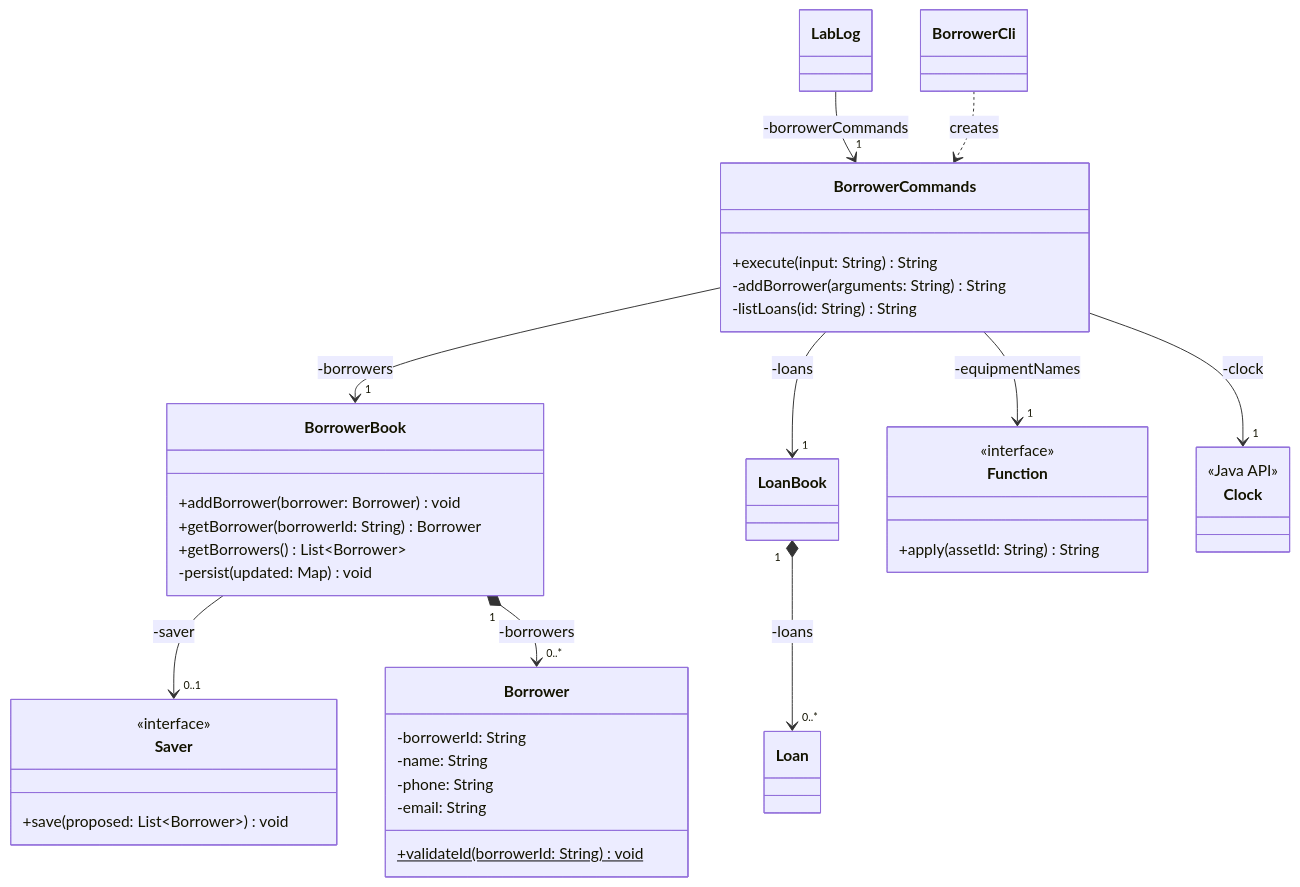
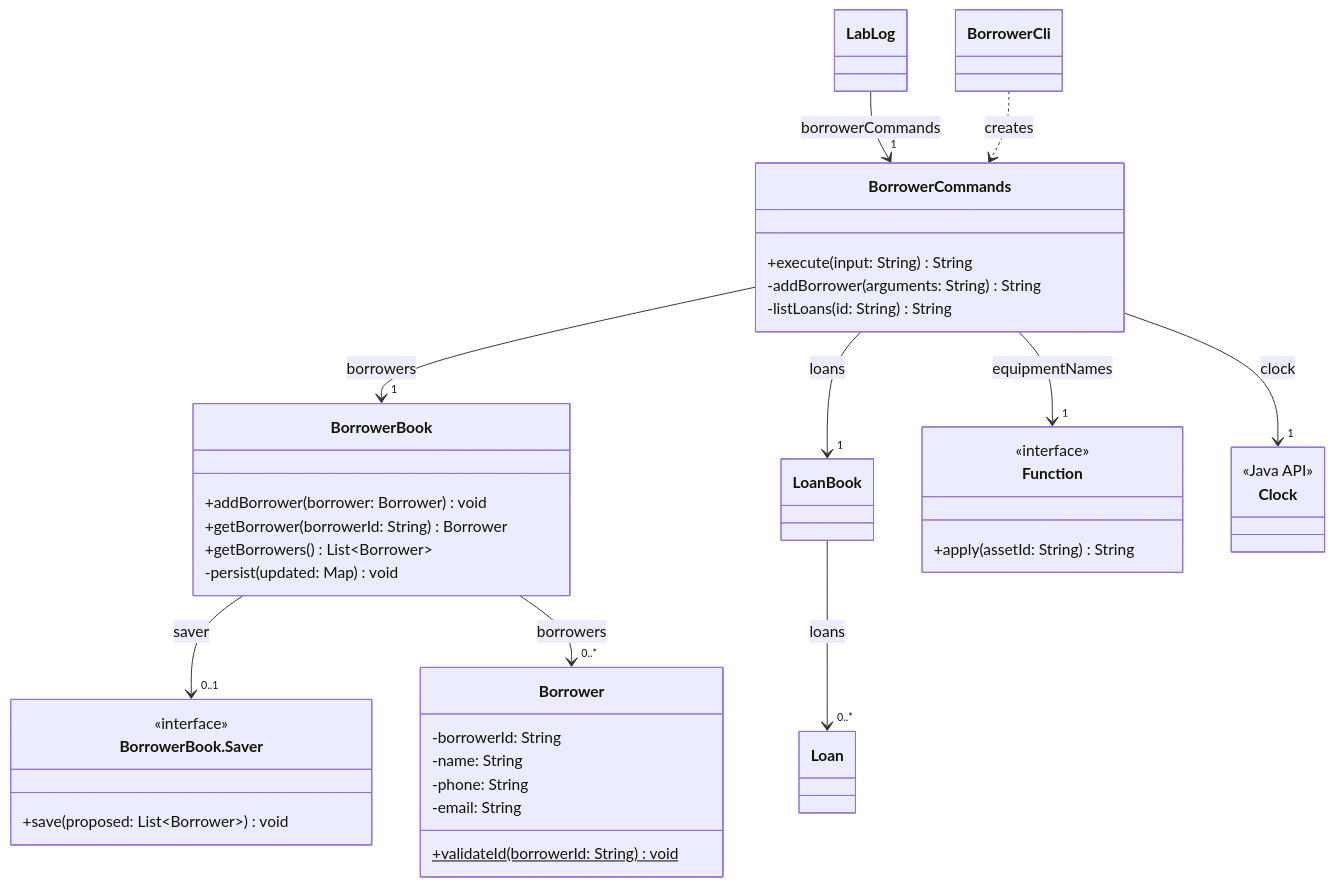
The seventh of 16 diagrams in docs/DeveloperGuide.md (AY2627S1-CS2113-W13-3/tp), drawn with Mermaid before and after one commit. The commit also changed other lines of this file, not shown here.

First line of the commit message:
Docs: Standardise developer guide class diagrams

````diff
--- a/docs/DeveloperGuide.md
+++ b/docs/DeveloperGuide.md
@@ -636,41 +653,41 @@
 ```mermaid
 classDiagram
-    LabLog --> "1" BorrowerCommands : -borrowerCommands
+    LabLog --> "1" BorrowerCommands : borrowerCommands
     BorrowerCli ..> BorrowerCommands : creates
-    BorrowerCommands --> "1" BorrowerBook : -borrowers
-    BorrowerCommands --> "1" LoanBook : -loans
-    BorrowerCommands --> "1" Function : -equipmentNames
-    BorrowerCommands --> "1" Clock : -clock
-    BorrowerBook --> "0..1" Saver : -saver
-    BorrowerBook "1" *--> "0..*" Borrower : -borrowers
-    LoanBook "1" *--> "0..*" Loan : -loans
+    BorrowerCommands --> "1" BorrowerBook : borrowers
+    BorrowerCommands --> "1" LoanBook : loans
+    BorrowerCommands --> "1" Function : equipmentNames
+    BorrowerCommands --> "1" Clock : clock
+    BorrowerBook --> "0..1" Saver : saver
+    BorrowerBook --> "0..*" Borrower : borrowers
+    LoanBook --> "0..*" Loan : loans
     class Borrower {
         -borrowerId: String
         -name: String
         -phone: String
         -email: String
-        +validateId(borrowerId: String)$ void
+        +validateId(borrowerId: String) void$
     }
     class BorrowerBook {
         +addBorrower(borrower: Borrower) void
         +getBorrower(borrowerId: String) Borrower
         +getBorrowers() List~Borrower~
         -persist(updated: Map) void
     }
-    class Saver {
+    class Saver["BorrowerBook.Saver"] {
         <<interface>>
         +save(proposed: List~Borrower~) void
     }
     class BorrowerCommands {
         +execute(input: String) String
         -addBorrower(arguments: String) String
         -listLoans(id: String) String
     }
     class Function {
         <<interface>>
         +apply(assetId: String) String
     }
     class Clock {
         <<Java API>>
     }
 ```
````
